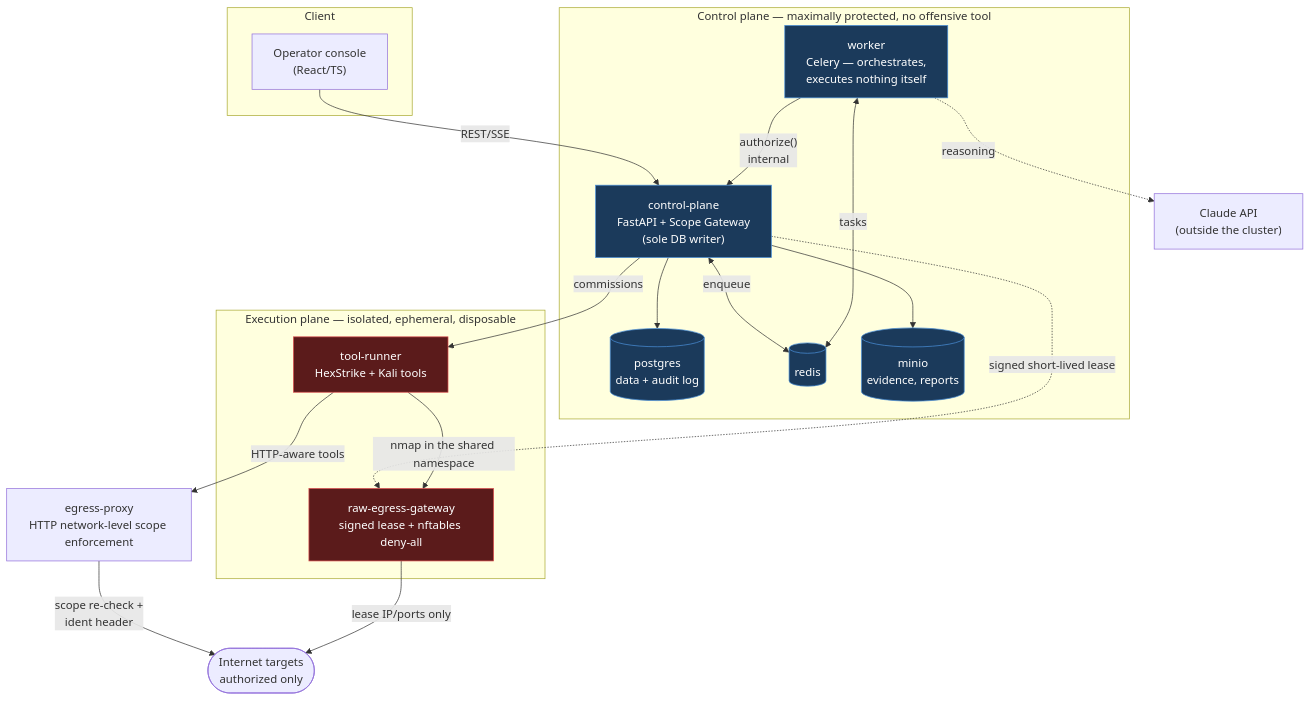
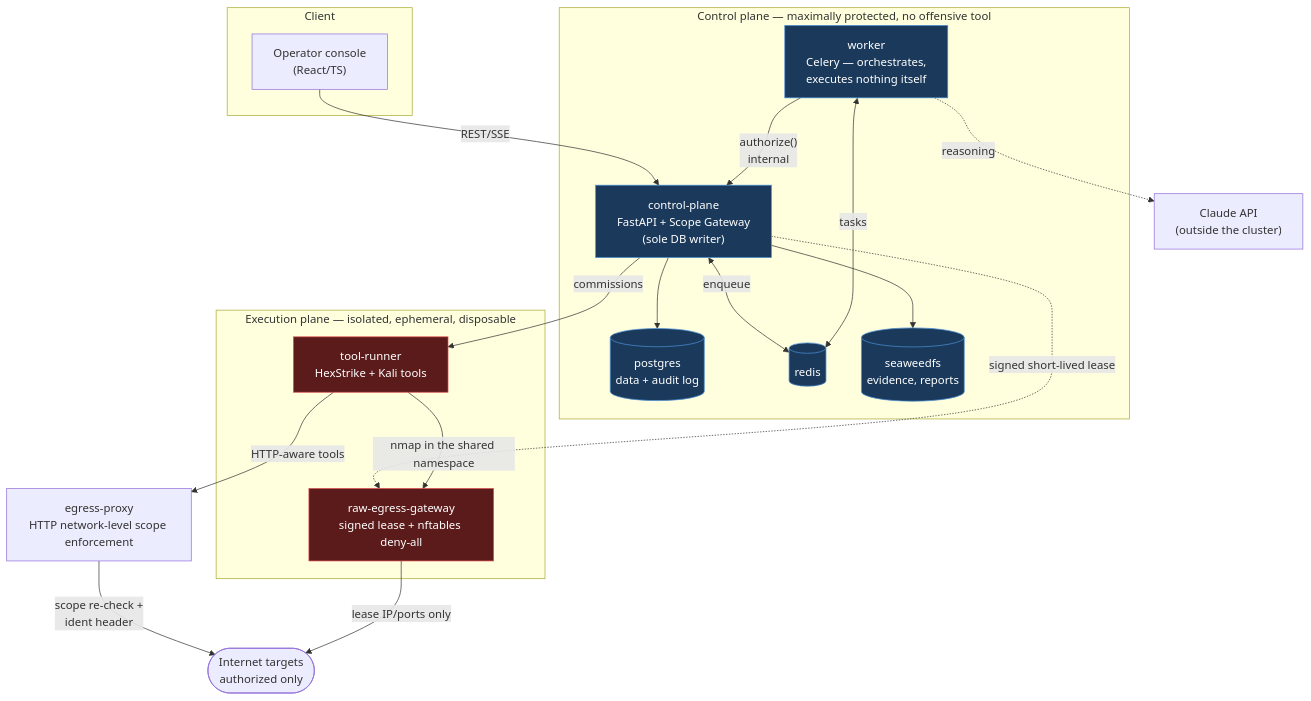
One commit to dt-cyberworks/axial changed the first of 2 diagrams in docs/architecture.md. Above: the diagram before and after it, drawn with Mermaid. The commit also changed other lines of this file and 126 other files, not shown here.

````diff
--- a/docs/architecture.md
+++ b/docs/architecture.md
@@ -19,42 +19,42 @@
 ```mermaid
 flowchart TB
     subgraph client["Client"]
         UI["Operator console<br/>(React/TS)"]
     end
 
     subgraph control["Control plane — maximally protected, no offensive tool"]
         CP["control-plane<br/>FastAPI + Scope Gateway<br/>(sole DB writer)"]
         WK["worker<br/>Celery — orchestrates,<br/>executes nothing itself"]
         DB[("postgres<br/>data + audit log")]
         RD[("redis")]
-        S3[("minio<br/>evidence, reports")]
+        S3[("seaweedfs<br/>evidence, reports")]
     end
 
     subgraph exec["Execution plane — isolated, ephemeral, disposable"]
         TR["tool-runner<br/>HexStrike + Kali tools"]
         RG["raw-egress-gateway<br/>signed lease + nftables deny-all"]
     end
 
     EP["egress-proxy<br/>HTTP network-level scope enforcement"]
     LLM["Claude API<br/>(outside the cluster)"]
     NET(["Internet targets<br/>authorized only"])
 
     UI -->|REST/SSE| CP
     CP --> DB
     CP --> S3
     CP <-->|enqueue| RD
     WK <-->|tasks| RD
     WK -->|"authorize()<br/>internal"| CP
     WK -.->|reasoning| LLM
     CP -->|commissions| TR
     TR -->|"HTTP-aware tools"| EP
     EP -->|"scope re-check +<br/>ident header"| NET
     CP -.->|"signed short-lived lease"| RG
     TR -->|"nmap in the shared namespace"| RG
     RG -->|"lease IP/ports only"| NET
 
     classDef ctrl fill:#1b3a5b,stroke:#4a90d9,color:#fff
     classDef exe fill:#5b1b1b,stroke:#d94a4a,color:#fff
     class CP,WK,DB,RD,S3 ctrl
     class TR,RG exe
 ```
````
